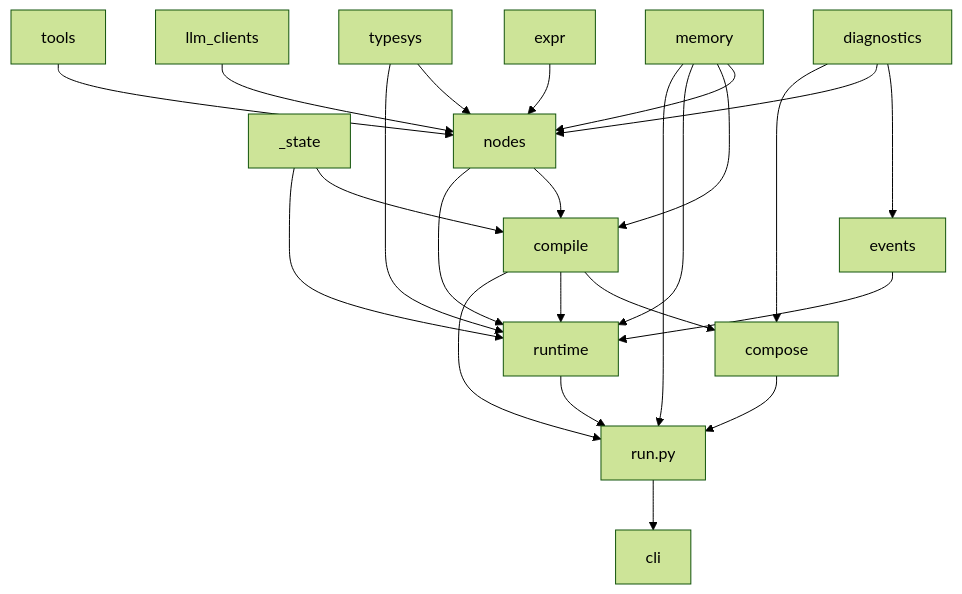
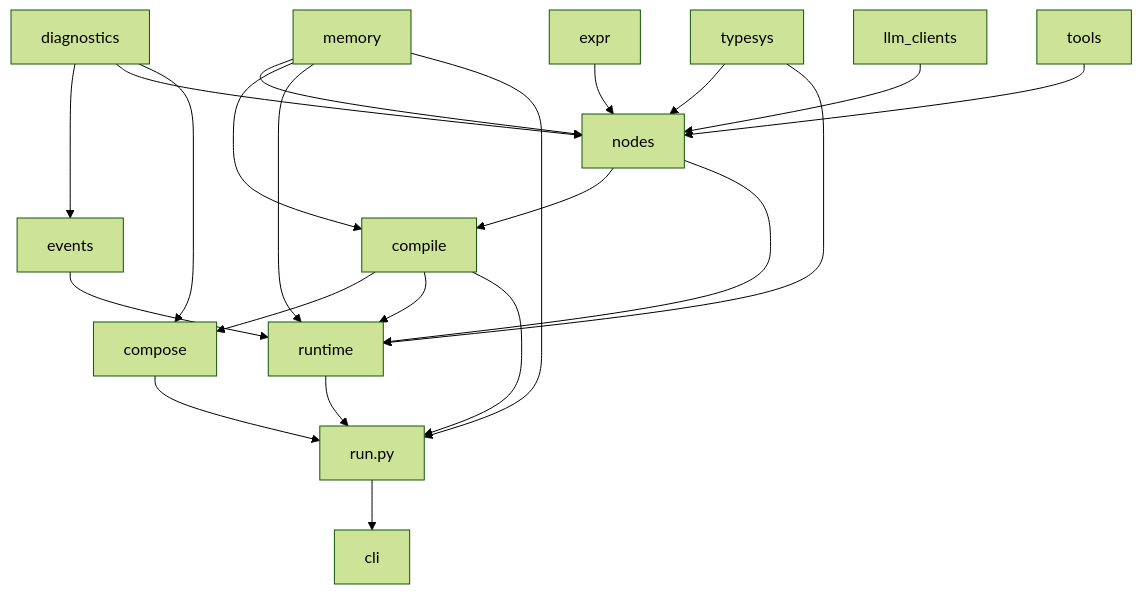
The second of 2 diagrams in docs/architecture.md (ngocbh/yian), drawn with Mermaid (forest theme) before and after one commit. The commit also changed 20 other files, not shown here.

````diff
--- a/docs/architecture.md
+++ b/docs/architecture.md
@@ -212,44 +212,41 @@
 ```mermaid
 flowchart TB
     diagnostics["diagnostics"]
-    state["_state"]
     typesys["typesys"]
     expr["expr"]
     memory["memory"]
     events["events"]
     llm["llm_clients"]
     tools["tools"]
     nodes["nodes"]
     compile["compile"]
     compose["compose"]
     runtime["runtime"]
     run["run.py"]
     cli["cli"]
 
     diagnostics --> events
     diagnostics --> nodes
     typesys --> nodes
     expr --> nodes
     memory --> nodes
     llm --> nodes
     tools --> nodes
 
-    state --> compile
     nodes --> compile
     memory --> compile
     compile --> compose
     diagnostics --> compose
 
     events --> runtime
-    state --> runtime
     typesys --> runtime
     memory --> runtime
     nodes --> runtime
     compile --> runtime
 
     compose --> run
     compile --> run
     memory --> run
     runtime --> run
     run --> cli
 ```
````
